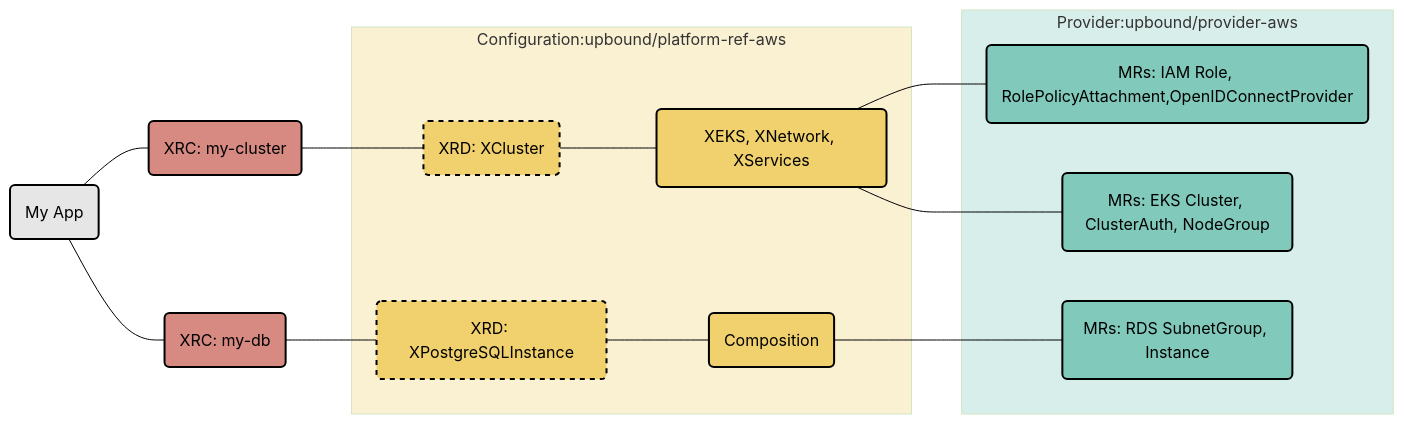
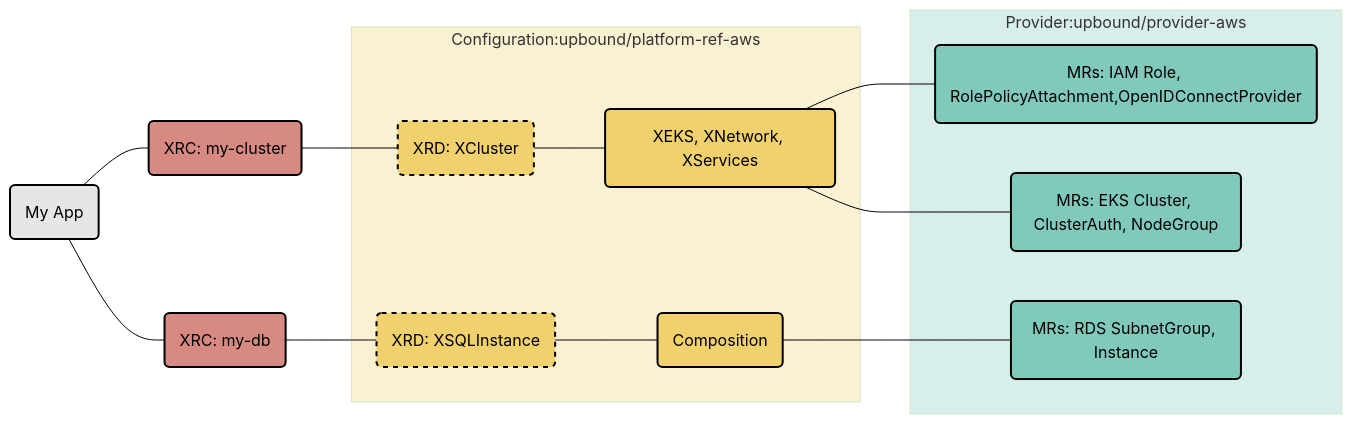
One commit to upbound/platform-ref-aws changed the diagram in README.md. Above: the diagram before and after it, drawn with Mermaid (forest theme). The commit also changed other lines of this file, not shown here.

````diff
--- a/README.md
+++ b/README.md
@@ -26,30 +26,30 @@
 ```mermaid
 graph LR;
     MyApp(My App)---MyCluster(XRC: my-cluster);
     MyCluster---XRD1(XRD: XCluster);
     MyApp---MyDB(XRC: my-db);
-    MyDB---XRD2(XRD: XPostgreSQLInstance);
+    MyDB---XRD2(XRD: XSQLInstance);
 		subgraph Configuration:upbound/platform-ref-aws;
 	    XRD1---Composition(XEKS, XNetwork, XServices);
 	    XRD2---Composition2(Composition);
 		end
 		subgraph Provider:upbound/provider-aws
 	    Composition---IAM.MRs(MRs: IAM Role, RolePolicyAttachment,OpenIDConnectProvider);
 	    Composition---EKS.MRs(MRs: EKS Cluster, ClusterAuth, NodeGroup);
 	    Composition2---RDS.MRs(MRs: RDS SubnetGroup, Instance);
 		end
 
 style MyApp color:#000,fill:#e6e6e6,stroke:#000,stroke-width:2px
 style MyCluster color:#000,fill:#D68A82,stroke:#000,stroke-width:2px
 style MyDB color:#000,fill:#D68A82,stroke:#000,stroke-width:2px
 style Configuration:upbound/platform-ref-aws fill:#f1d16d,opacity:0.3
 style Provider:upbound/provider-aws fill:#81CABB,opacity:0.3
 style XRD1 color:#000,fill:#f1d16d,stroke:#000,stroke-width:2px,stroke-dasharray: 5 5
 style XRD2 color:#000,fill:#f1d16d,stroke:#000,stroke-width:2px,stroke-dasharray: 5 5
 style Composition color:#000,fill:#f1d16d,stroke:#000,stroke-width:2px
 style Composition2 color:#000,fill:#f1d16d,stroke:#000,stroke-width:2px
 
 style IAM.MRs color:#000,fill:#81CABB,stroke:#000,stroke-width:2px
 style EKS.MRs color:#000,fill:#81CABB,stroke:#000,stroke-width:2px
 style RDS.MRs color:#000,fill:#81CABB,stroke:#000,stroke-width:2px
 ```
````
